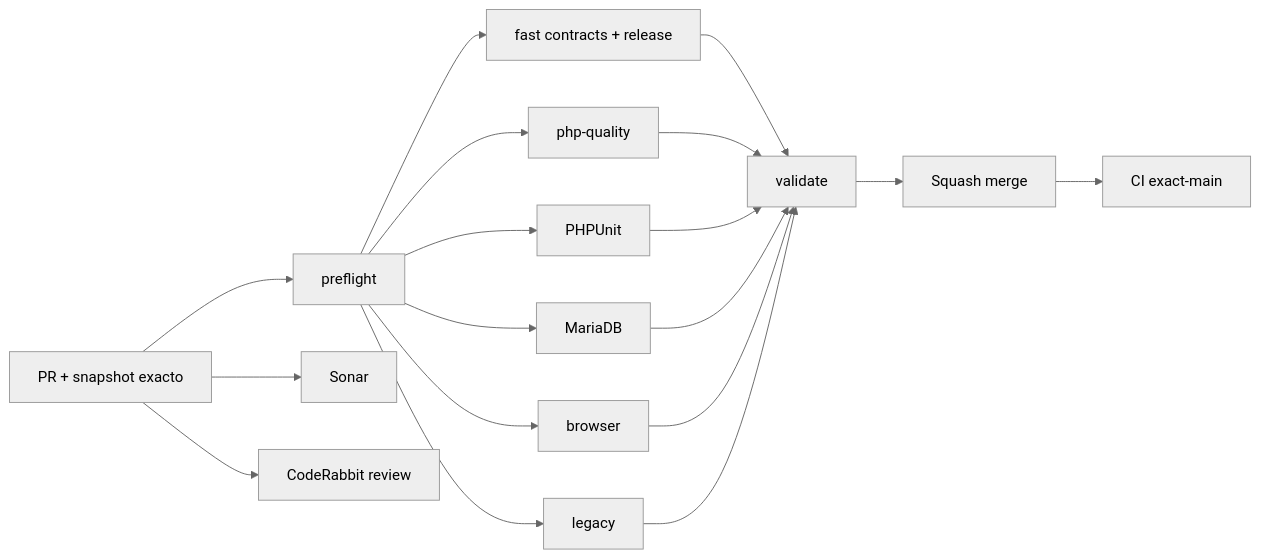
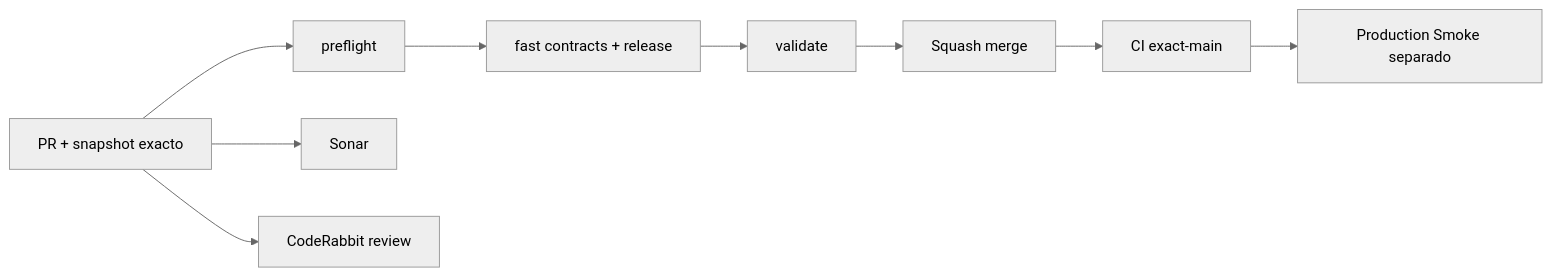
The diagram in README.md (pl0n3r/GrindFlow), drawn with Mermaid (neutral theme) before and after one commit. The commit also changed other lines of this file, not shown here.

````diff
--- a/README.md
+++ b/README.md
@@ -52,20 +50,11 @@
 ```mermaid
 flowchart LR
  A["PR + snapshot exacto"] --> P["preflight"]
  P --> F["fast contracts + release"]
- P --> Q["php-quality"]
- P --> T["PHPUnit"]
- P --> D["MariaDB"]
- P --> B["browser"]
- P --> L["legacy"]
  A --> S["Sonar"]
  A --> C["CodeRabbit review"]
  F --> V["validate"]
- Q --> V
- T --> V
- D --> V
- B --> V
- L --> V
  V --> M["Squash merge"]
  M --> X["CI exact-main"]
+ X --> R["Production Smoke separado"]
 ```
````
